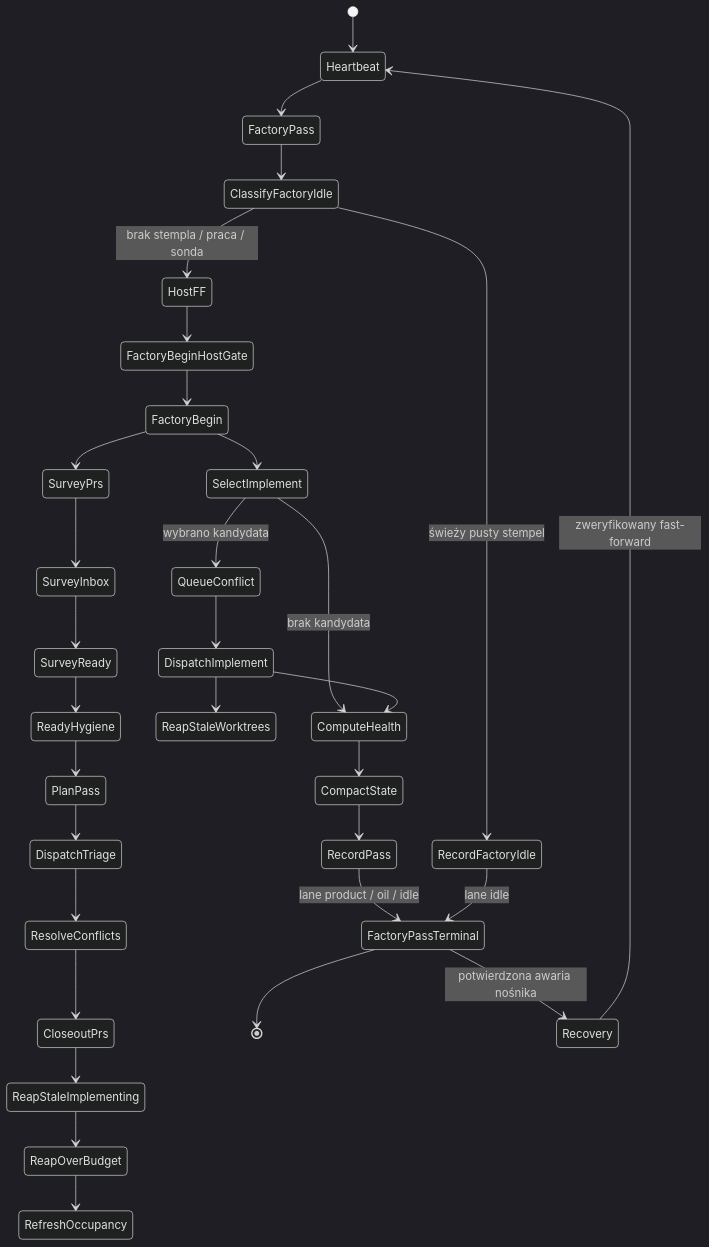
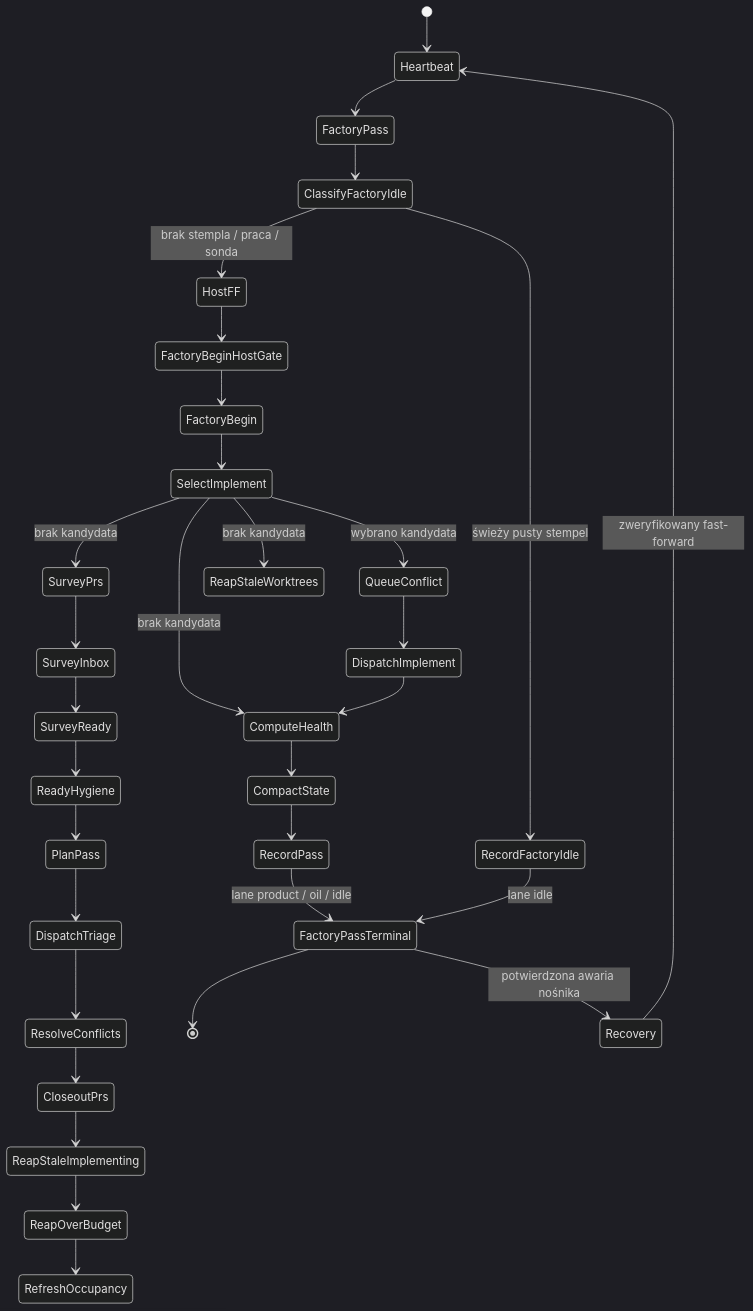
The first of 40 diagrams in README.md (mikolaj92/lokay), drawn with Mermaid (dark theme) before and after one commit. The commit also changed other lines of this file and 13 other files, not shown here.

First line of the commit message:
fix: skip factory_pass hygiene when select.route is selected

````diff
--- a/README.md
+++ b/README.md
@@ -79,34 +78,34 @@
 ```mermaid
 stateDiagram-v2
     [*] --> Heartbeat
     Heartbeat --> FactoryPass
     FactoryPass --> ClassifyFactoryIdle
     ClassifyFactoryIdle --> RecordFactoryIdle: świeży pusty stempel
     ClassifyFactoryIdle --> HostFF: brak stempla / praca / sonda
     HostFF --> FactoryBeginHostGate
     FactoryBeginHostGate --> FactoryBegin
     FactoryBegin --> SelectImplement
     SelectImplement --> QueueConflict: wybrano kandydata
     SelectImplement --> ComputeHealth: brak kandydata
+    SelectImplement --> SurveyPrs: brak kandydata
+    SelectImplement --> ReapStaleWorktrees: brak kandydata
     QueueConflict --> DispatchImplement
     DispatchImplement --> ComputeHealth
-    DispatchImplement --> ReapStaleWorktrees
-    FactoryBegin --> SurveyPrs
     SurveyPrs --> SurveyInbox
     SurveyInbox --> SurveyReady
     SurveyReady --> ReadyHygiene
     ReadyHygiene --> PlanPass
     PlanPass --> DispatchTriage
     DispatchTriage --> ResolveConflicts
     ResolveConflicts --> CloseoutPrs
     CloseoutPrs --> ReapStaleImplementing
     ReapStaleImplementing --> ReapOverBudget
     ReapOverBudget --> RefreshOccupancy
     ComputeHealth --> CompactState
     CompactState --> RecordPass
     RecordPass --> FactoryPassTerminal: lane product / oil / idle
     RecordFactoryIdle --> FactoryPassTerminal: lane idle
     FactoryPassTerminal --> [*]
     FactoryPassTerminal --> Recovery: potwierdzona awaria nośnika
     Recovery --> Heartbeat: zweryfikowany fast-forward
 ```
````
